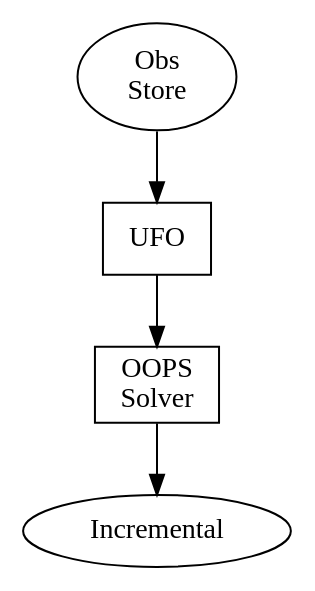
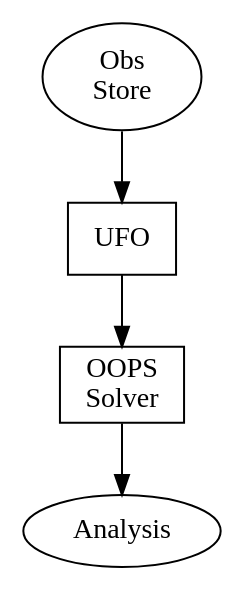
Before and after one commit to srherbener/my-diagrams: the diagram in IODA/big_picture_final.gv, drawn with Graphviz. The commit also changed 3 other files, not shown here.

```diff
--- a/IODA/big_picture_final.gv
+++ b/IODA/big_picture_final.gv
@@ -1,10 +1,10 @@
 digraph NcdiagFlow
   {
   obs_store [ shape=ellipse, label="Obs\nStore" ];
-  incr      [ shape=ellipse, label="Incremental" ];
+  incr      [ shape=ellipse, label="Analysis" ];
   
   oops_sol [ shape=box, label="OOPS\nSolver" ];
   ufo      [ shape=box, label="UFO" ];
 
   obs_store -> ufo -> oops_sol -> incr;
   }
```
